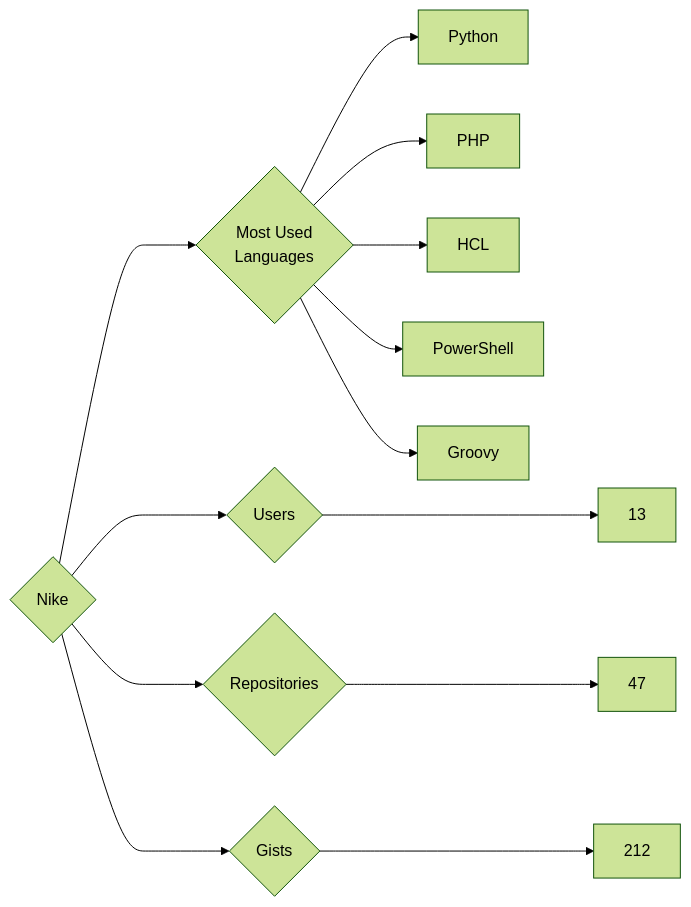
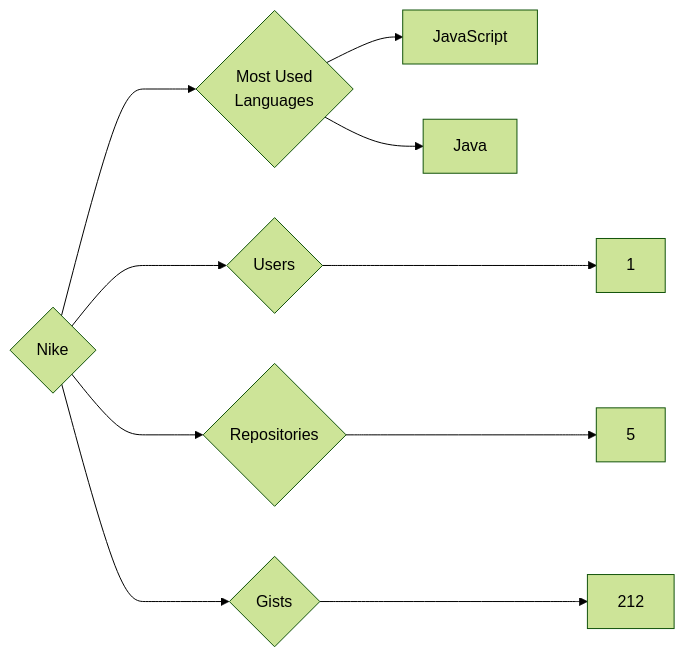
Before and after one commit to trickest/insiders: the diagram in targets/Nike/README.md, drawn with Mermaid (forest theme). The commit also changed 970 other files, not shown here.

````diff
--- a/targets/Nike/README.md
+++ b/targets/Nike/README.md
@@ -3,13 +3,10 @@
 ```mermaid
 graph LR
 COMPANY_NAME{Nike}
-COMPANY_NAME ---> U{Users} ---> UN[13]
-COMPANY_NAME ---> R{Repositories} ---> RN[47]
+COMPANY_NAME ---> U{Users} ---> UN[1]
+COMPANY_NAME ---> R{Repositories} ---> RN[5]
 COMPANY_NAME ---> G{Gists} ---> GN[212]
 COMPANY_NAME ---> ML{Most Used<br>Languages}
-ML --> Python[Python]
-ML --> PHP[PHP]
-ML --> HCL[HCL]
-ML --> PowerShell[PowerShell]
-ML --> Groovy[Groovy]
+ML --> JavaScript[JavaScript]
+ML --> Java[Java]
 ```
````
